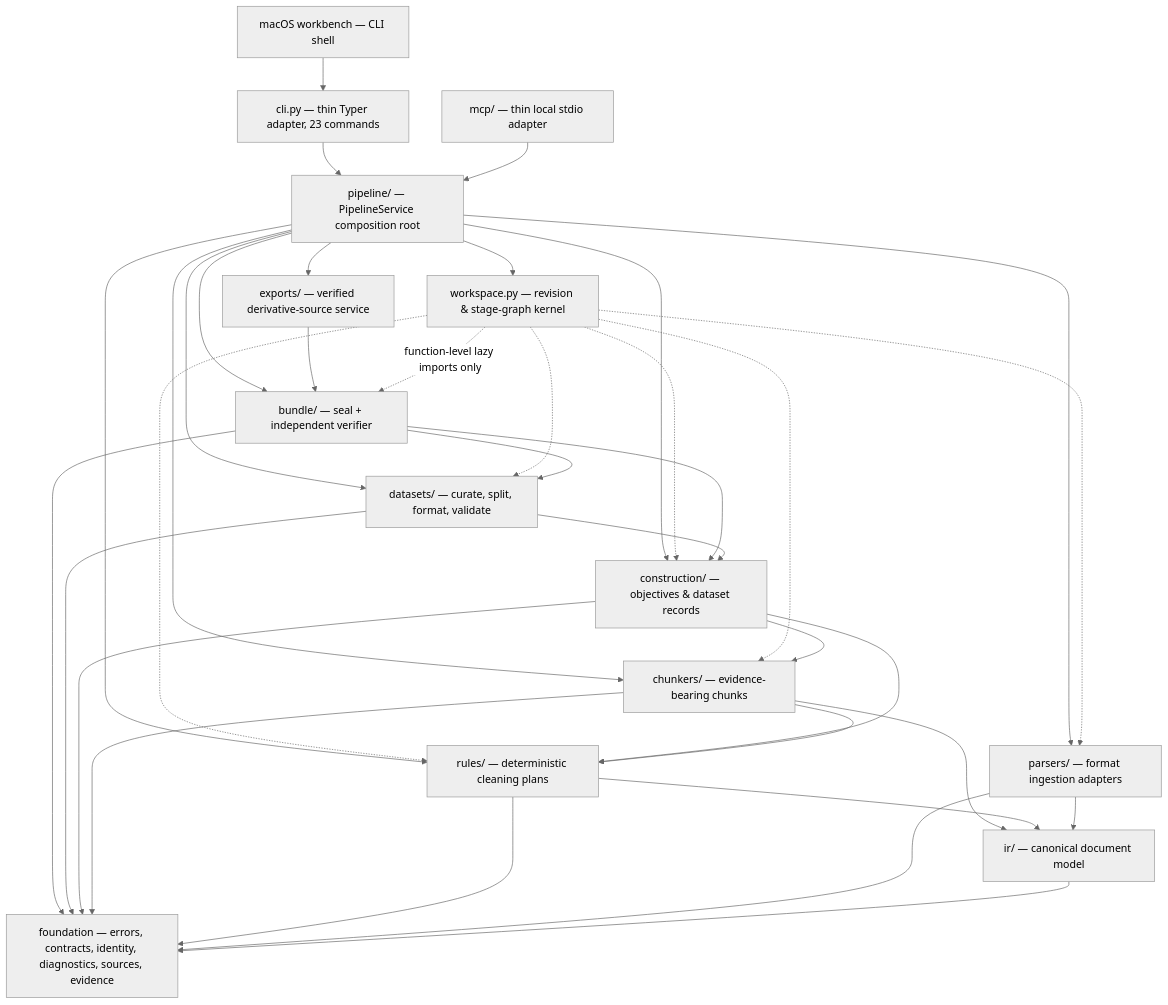
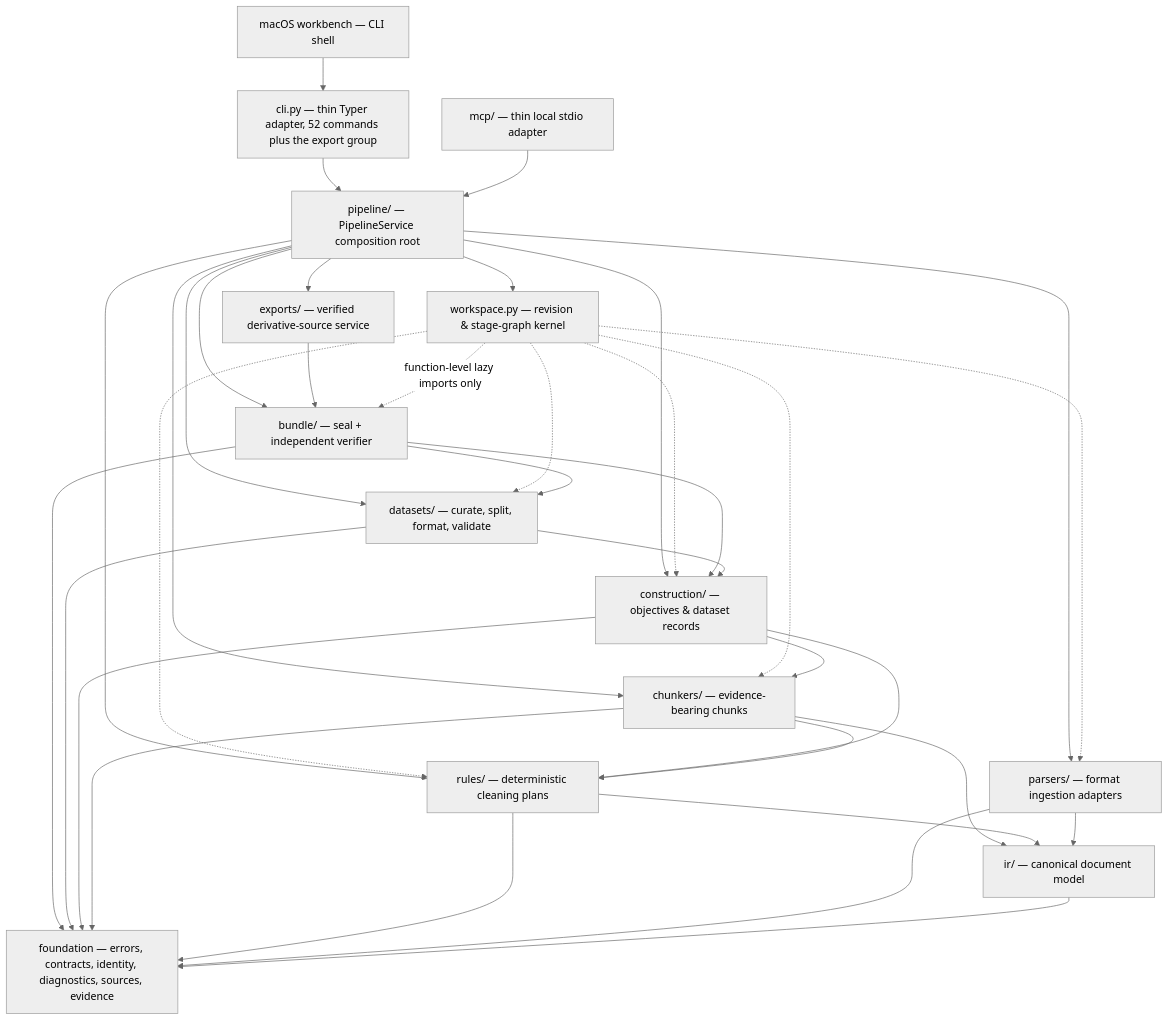
One commit to ogprotege/Veriformis changed the diagram in docs/architecture/layers.md. Above: the diagram before and after it, drawn with Mermaid (neutral theme). The commit also changed other lines of this file and 18 other files, not shown here.

````diff
--- a/docs/architecture/layers.md
+++ b/docs/architecture/layers.md
@@ -31,52 +31,52 @@
 ```mermaid
 flowchart TD
-    CLI["cli.py — thin Typer adapter, 23 commands"]
+    CLI["cli.py — thin Typer adapter, 52 commands plus the export group"]
     MCP["mcp/ — thin local stdio adapter"]
     MAC["macOS workbench — CLI shell"]
     PIP["pipeline/ — PipelineService composition root"]
     EXP["exports/ — verified derivative-source service"]
     WS["workspace.py — revision & stage-graph kernel"]
     BUN["bundle/ — seal + independent verifier"]
     DAT["datasets/ — curate, split, format, validate"]
     CON["construction/ — objectives & dataset records"]
     CHK["chunkers/ — evidence-bearing chunks"]
     RUL["rules/ — deterministic cleaning plans"]
     PAR["parsers/ — format ingestion adapters"]
     IR["ir/ — canonical document model"]
     FND["foundation — errors, contracts, identity, diagnostics, sources, evidence"]
 
     CLI --> PIP
     MCP --> PIP
     MAC --> CLI
     PIP --> WS
     PIP --> EXP
     PIP --> BUN
     PIP --> DAT
     PIP --> CON
     PIP --> CHK
     PIP --> RUL
     PIP --> PAR
     EXP --> BUN
     WS -. "function-level lazy imports only" .-> BUN
     WS -.-> DAT
     WS -.-> CON
     WS -.-> CHK
     WS -.-> RUL
     WS -.-> PAR
     BUN --> DAT
     BUN --> CON
     DAT --> CON
     CON --> CHK
     CON --> RUL
     CHK --> IR
     CHK --> RUL
     RUL --> IR
     PAR --> IR
     BUN --> FND
     DAT --> FND
     CON --> FND
     CHK --> FND
     RUL --> FND
     PAR --> FND
     IR --> FND
 ```
````
